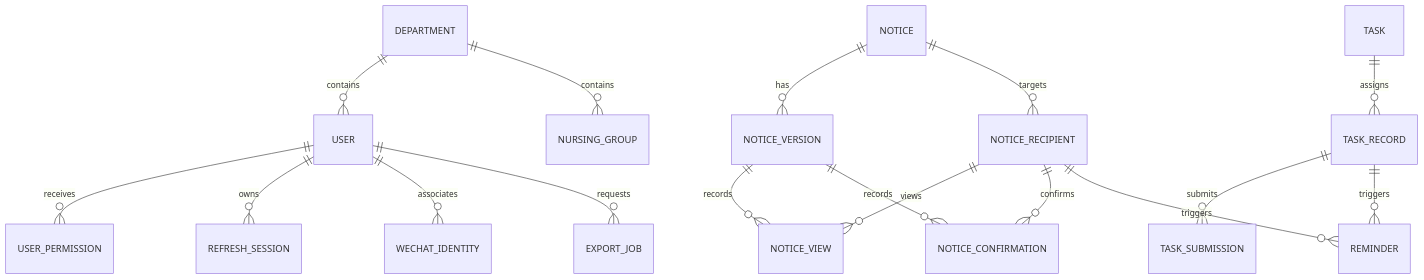
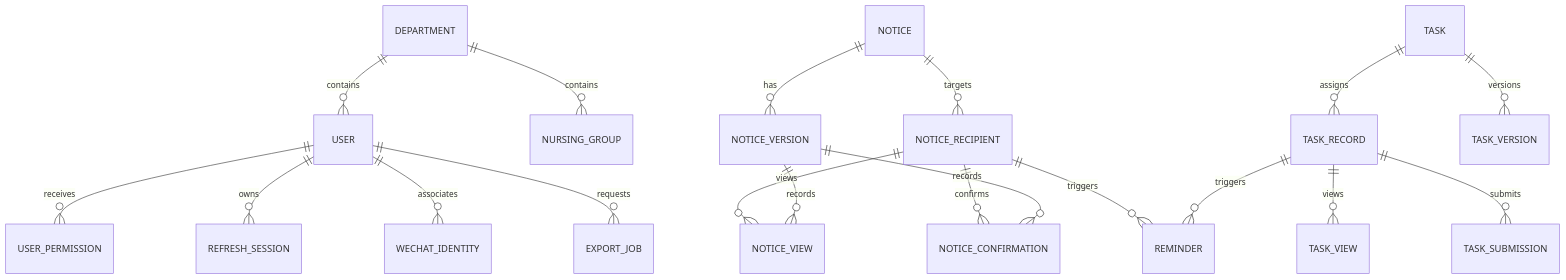
One commit to zhutiger/NurseMate changed the diagram in docs/architecture/data-model.md. Above: the diagram before and after it, drawn with Mermaid. The commit also changed other lines of this file and 23 other files, not shown here.

Commit message:
feat: simplify task lifecycle and track views

````diff
--- a/docs/architecture/data-model.md
+++ b/docs/architecture/data-model.md
@@ -32,19 +32,21 @@
 ```mermaid
 erDiagram
     DEPARTMENT ||--o{ USER : contains
     DEPARTMENT ||--o{ NURSING_GROUP : contains
     USER ||--o{ USER_PERMISSION : receives
     USER ||--o{ REFRESH_SESSION : owns
     USER ||--o{ WECHAT_IDENTITY : associates
     NOTICE ||--o{ NOTICE_VERSION : has
     NOTICE ||--o{ NOTICE_RECIPIENT : targets
     NOTICE_RECIPIENT ||--o{ NOTICE_VIEW : views
     NOTICE_RECIPIENT ||--o{ NOTICE_CONFIRMATION : confirms
     NOTICE_VERSION ||--o{ NOTICE_VIEW : records
     NOTICE_VERSION ||--o{ NOTICE_CONFIRMATION : records
     TASK ||--o{ TASK_RECORD : assigns
+    TASK ||--o{ TASK_VERSION : versions
+    TASK_RECORD ||--o{ TASK_VIEW : views
     TASK_RECORD ||--o{ TASK_SUBMISSION : submits
     NOTICE_RECIPIENT ||--o{ REMINDER : triggers
     TASK_RECORD ||--o{ REMINDER : triggers
     USER ||--o{ EXPORT_JOB : requests
 ```
````
